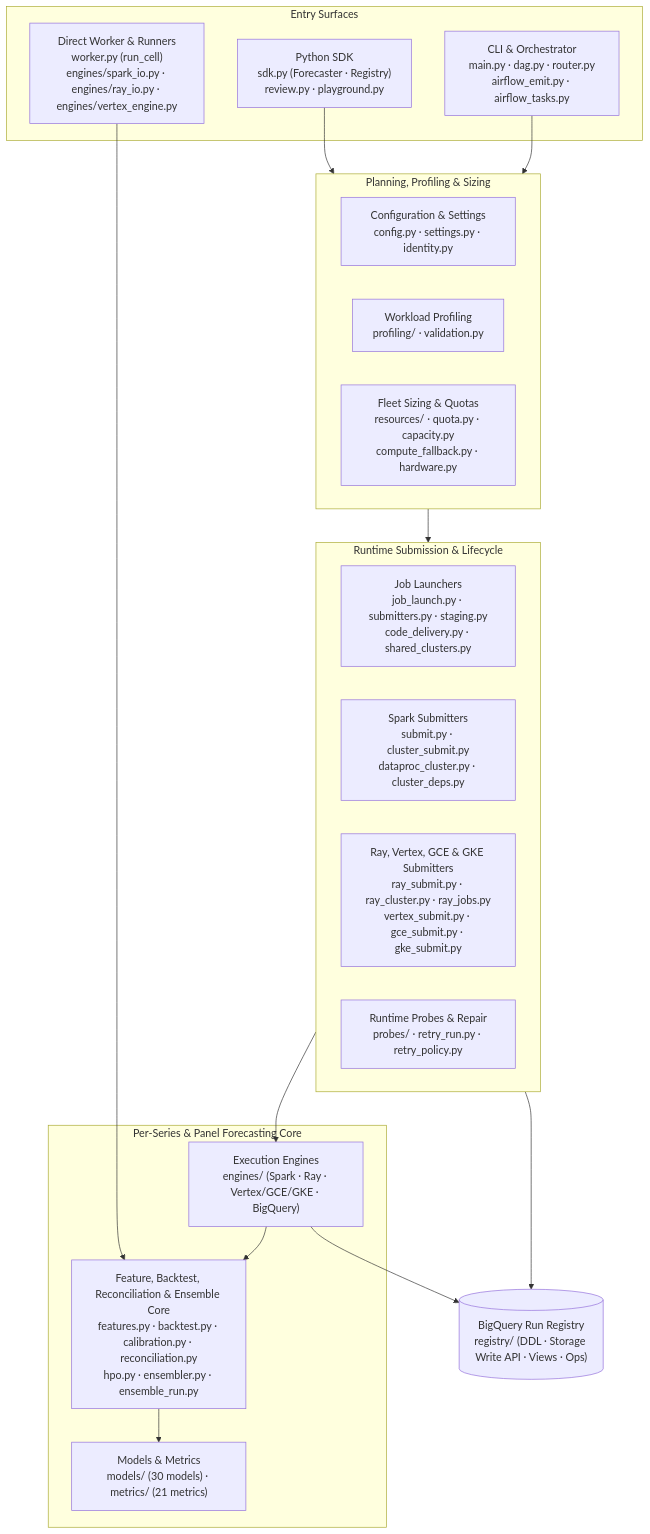
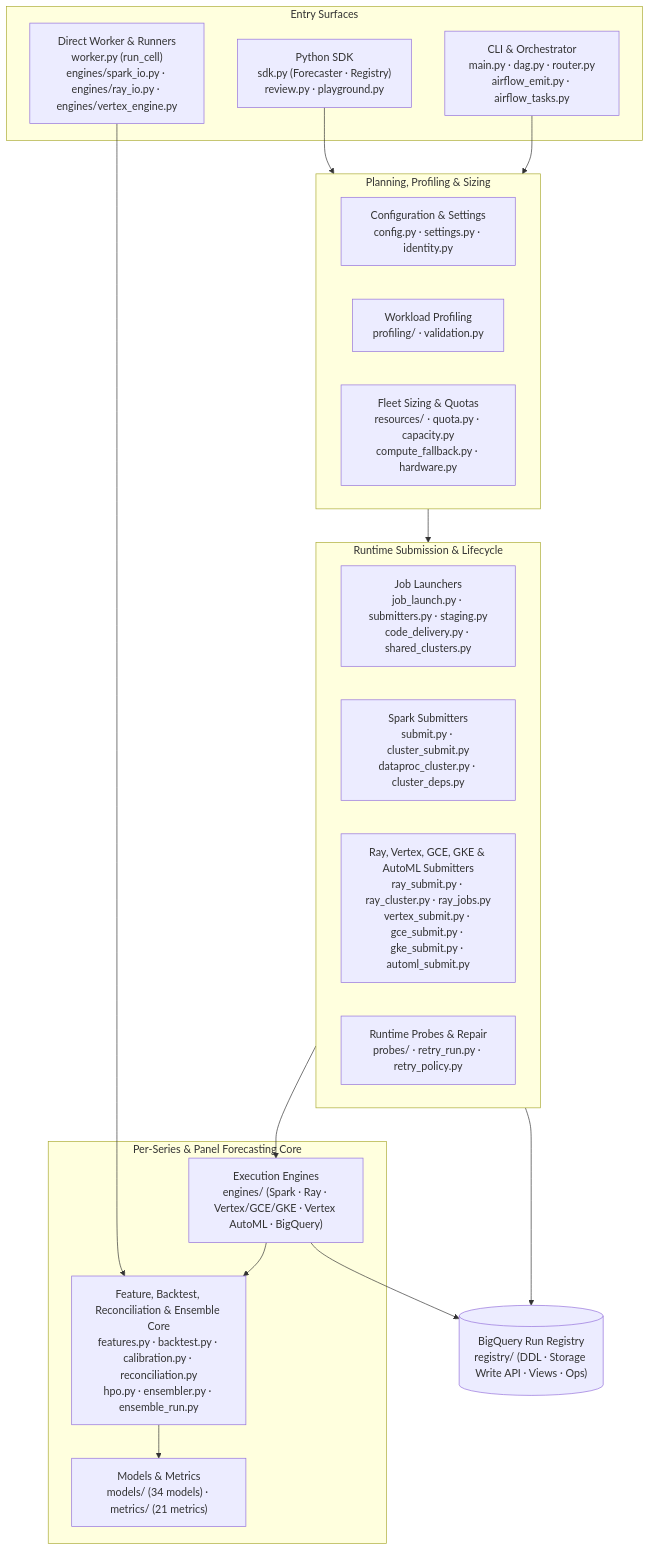
One commit to statmike/scale-forecasting changed the diagram in src/scale_forecasting/README.md. Above: the diagram before and after it, drawn with Mermaid. The commit also changed other lines of this file and 102 other files, not shown here.

Commit message:
feat(automl,explainability): add Vertex AI AutoML & Tabular Workflows (vertex_l2l, vertex_tide, vertex_tft, vertex_seq2seq), Two-Tier Feature Attributions, and repo-wide docs

````diff
--- a/src/scale_forecasting/README.md
+++ b/src/scale_forecasting/README.md
@@ -7,36 +7,36 @@
 ```mermaid
 flowchart TB
     subgraph entry["Entry Surfaces"]
         sdk["Python SDK<br/>sdk.py (Forecaster · Registry)<br/>review.py · playground.py"]
         cli["CLI & Orchestrator<br/>main.py · dag.py · router.py<br/>airflow_emit.py · airflow_tasks.py"]
         direct["Direct Worker & Runners<br/>worker.py (run_cell)<br/>engines/spark_io.py · engines/ray_io.py · engines/vertex_engine.py"]
     end
 
     subgraph plan["Planning, Profiling & Sizing"]
         cfg["Configuration & Settings<br/>config.py · settings.py · identity.py"]
         prof["Workload Profiling<br/>profiling/ · validation.py"]
         res["Fleet Sizing & Quotas<br/>resources/ · quota.py · capacity.py<br/>compute_fallback.py · hardware.py"]
     end
 
     subgraph submit["Runtime Submission & Lifecycle"]
         sub["Job Launchers<br/>job_launch.py · submitters.py · staging.py<br/>code_delivery.py · shared_clusters.py"]
         spark_sub["Spark Submitters<br/>submit.py · cluster_submit.py<br/>dataproc_cluster.py · cluster_deps.py"]
-        ray_sub["Ray, Vertex, GCE & GKE Submitters<br/>ray_submit.py · ray_cluster.py · ray_jobs.py<br/>vertex_submit.py · gce_submit.py · gke_submit.py"]
+        ray_sub["Ray, Vertex, GCE, GKE & AutoML Submitters<br/>ray_submit.py · ray_cluster.py · ray_jobs.py<br/>vertex_submit.py · gce_submit.py · gke_submit.py · automl_submit.py"]
         probes["Runtime Probes & Repair<br/>probes/ · retry_run.py · retry_policy.py"]
     end
 
     subgraph core["Per-Series & Panel Forecasting Core"]
-        eng["Execution Engines<br/>engines/ (Spark · Ray · Vertex/GCE/GKE · BigQuery)"]
+        eng["Execution Engines<br/>engines/ (Spark · Ray · Vertex/GCE/GKE · Vertex AutoML · BigQuery)"]
         wf["Feature, Backtest, Reconciliation & Ensemble Core<br/>features.py · backtest.py · calibration.py · reconciliation.py<br/>hpo.py · ensembler.py · ensemble_run.py"]
-        mod["Models & Metrics<br/>models/ (30 models) · metrics/ (21 metrics)"]
+        mod["Models & Metrics<br/>models/ (34 models) · metrics/ (21 metrics)"]
     end
 
     reg[("BigQuery Run Registry<br/>registry/ (DDL · Storage Write API · Views · Ops)")]
 
     sdk & cli --> plan
     plan --> submit
     submit --> eng
     direct --> wf
     eng --> wf --> mod
     eng & submit --> reg
 ```
````
